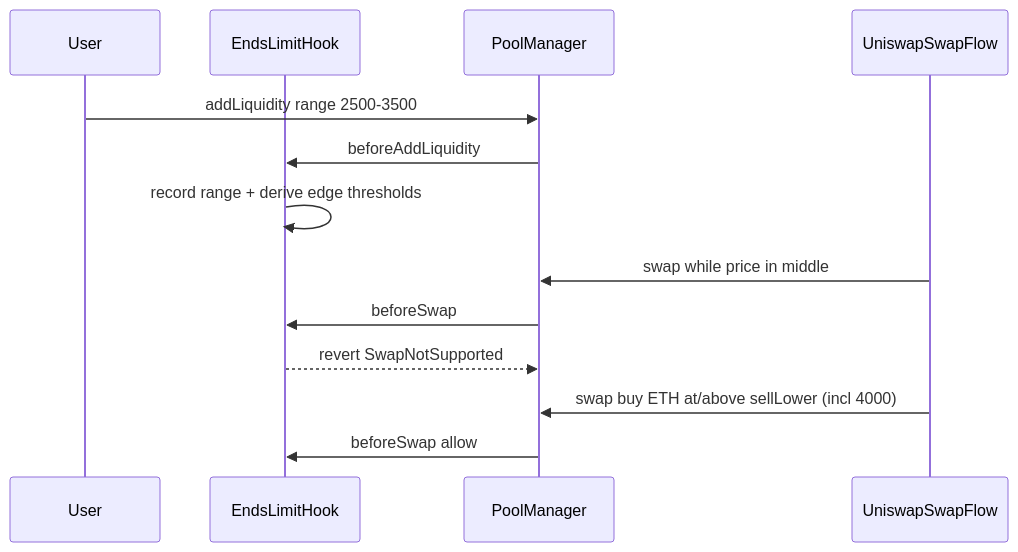
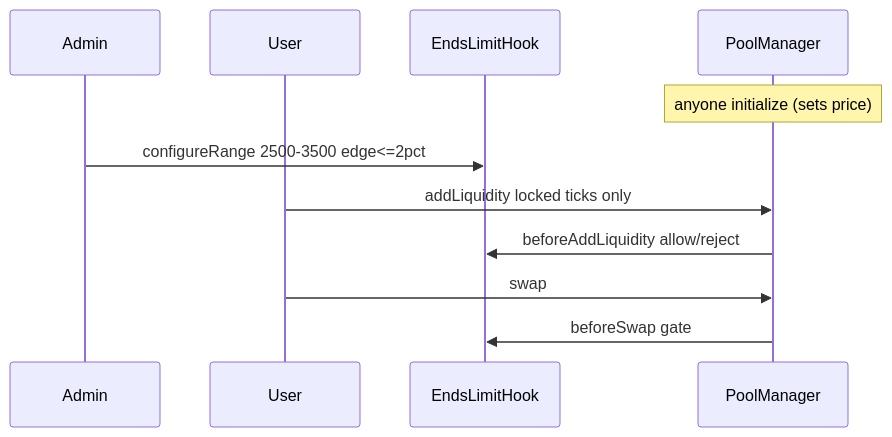
Before and after one commit to RingProtocol/EndsLimitHook: the diagram in docs/liquidity-play.md, drawn with Mermaid. The commit also changed other lines of this file and 11 other files, not shown here.

First line of the commit message:
Lock each pool to an admin-configured range.

````diff
--- a/docs/liquidity-play.md
+++ b/docs/liquidity-play.md
@@ -26,16 +14,14 @@
 ```mermaid
 sequenceDiagram
+  participant Admin
   participant User
   participant Hook as EndsLimitHook
   participant Pool as PoolManager
-  participant Flow as UniswapSwapFlow
 
-  User->>Pool: addLiquidity range 2500-3500
-  Pool->>Hook: beforeAddLiquidity
-  Hook->>Hook: record range + derive edge thresholds
-  Flow->>Pool: swap while price in middle
-  Pool->>Hook: beforeSwap
-  Hook-->>Pool: revert SwapNotSupported
-  Flow->>Pool: swap buy ETH at/above sellLower (incl 4000)
-  Pool->>Hook: beforeSwap allow
+  Note over Pool: anyone initialize (sets price)
+  Admin->>Hook: configureRange 2500-3500 edge<=2pct
+  User->>Pool: addLiquidity locked ticks only
+  Pool->>Hook: beforeAddLiquidity allow/reject
+  User->>Pool: swap
+  Pool->>Hook: beforeSwap gate
 ```
````
